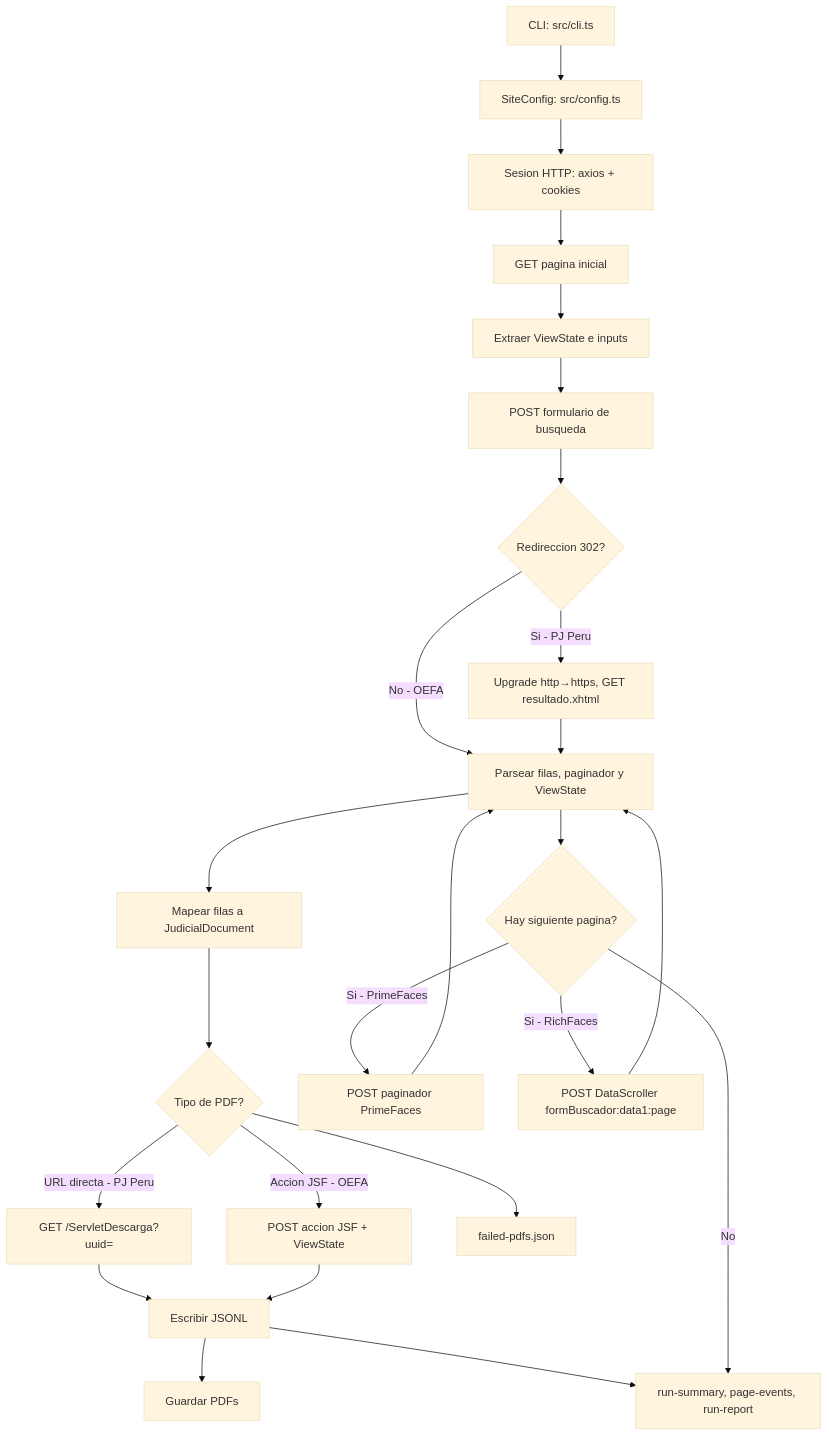
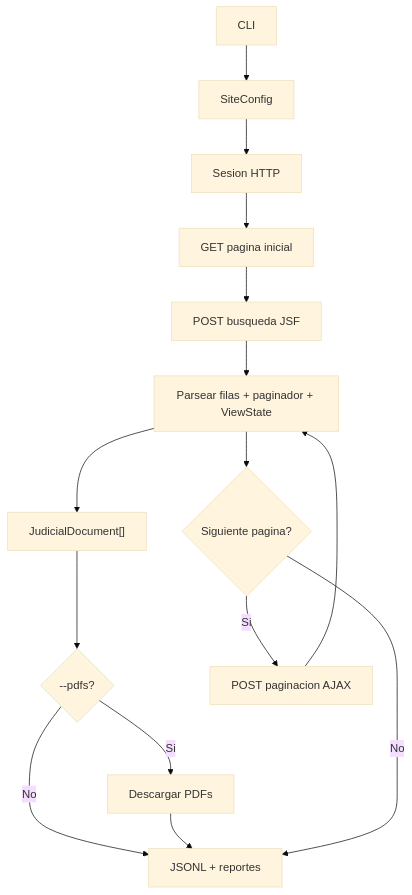
One commit to GatoProgramador-01/pj-peru-scraper changed the diagram in README.md. Above: the diagram before and after it, drawn with Mermaid (base theme). The commit also changed other lines of this file and 11 other files, not shown here.

First line of the commit message:
refactor: cathedral architecture — types to models/, constants to config/

````diff
--- a/README.md
+++ b/README.md
@@ -230,27 +101,17 @@
 ```mermaid
 flowchart TD
-    CLI["CLI: src/cli.ts"] --> Config["SiteConfig: src/config.ts"]
-    Config --> Session["Sesion HTTP: axios + cookies"]
+    CLI["CLI"] --> Config["SiteConfig"]
+    Config --> Session["Sesion HTTP"]
     Session --> Start["GET pagina inicial"]
-    Start --> ViewState["Extraer ViewState e inputs"]
-    ViewState --> Search["POST formulario de busqueda"]
-    Search --> Redirect{"Redireccion 302?"}
-    Redirect -->|Si - PJ Peru| Upgrade["Upgrade http→https, GET resultado.xhtml"]
-    Redirect -->|No - OEFA| Page
-    Upgrade --> Page["Parsear filas, paginador y ViewState"]
-    Page --> Docs["Mapear filas a JudicialDocument"]
-    Docs --> PDFs{"Tipo de PDF?"}
-    PDFs -->|URL directa - PJ Peru| DirectPdf["GET /ServletDescarga?uuid="]
-    PDFs -->|Accion JSF - OEFA| PostPdf["POST accion JSF + ViewState"]
-    DirectPdf --> JSONL["Escribir JSONL"]
-    PostPdf --> JSONL
-    JSONL --> PdfDir["Guardar PDFs"]
-    JSONL --> Reports["run-summary, page-events, run-report"]
-    PDFs --> Failed["failed-pdfs.json"]
-    Page --> Next{"Hay siguiente pagina?"}
-    Next -->|Si - PrimeFaces| PfPaginator["POST paginador PrimeFaces"]
-    Next -->|Si - RichFaces| RfPaginator["POST DataScroller formBuscador:data1:page"]
-    PfPaginator --> Page
-    RfPaginator --> Page
-    Next -->|No| Reports
+    Start --> Search["POST busqueda JSF"]
+    Search --> Page["Parsear filas + paginador + ViewState"]
+    Page --> Docs["JudicialDocument[]"]
+    Docs --> Pdfs{"--pdfs?"}
+    Pdfs -->|Si| Download["Descargar PDFs"]
+    Pdfs -->|No| Output["JSONL + reportes"]
+    Download --> Output
+    Page --> Next{"Siguiente pagina?"}
+    Next -->|Si| PagePost["POST paginacion AJAX"]
+    PagePost --> Page
+    Next -->|No| Output
 ```
````
